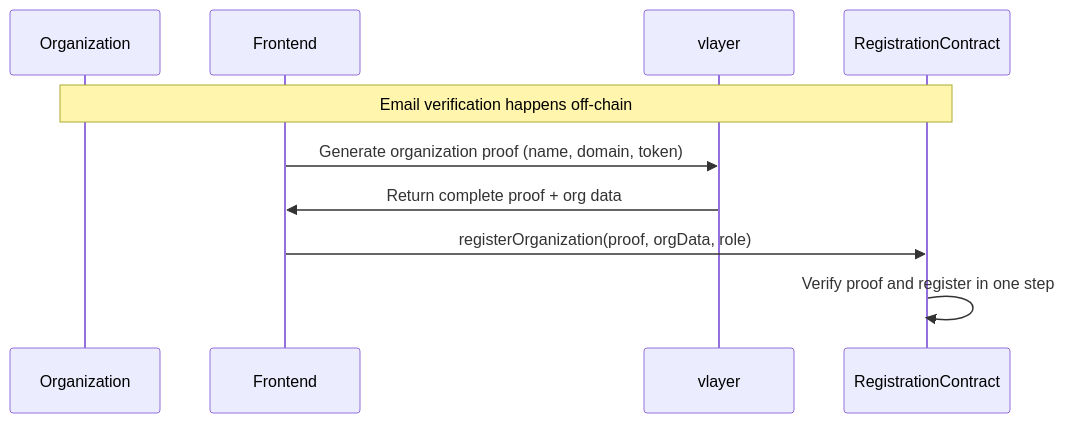
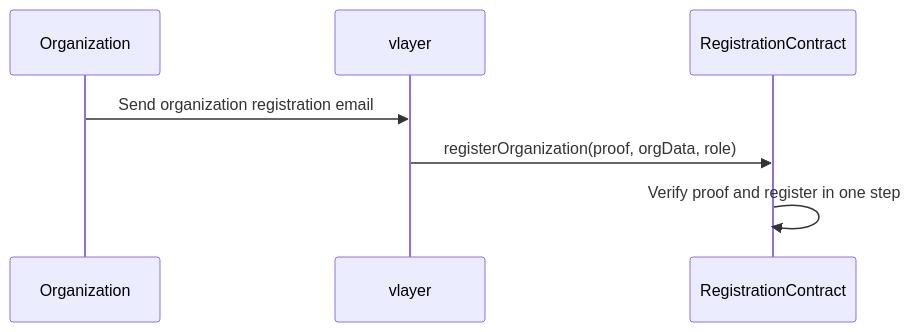
Before and after one commit to ppezzull/zkMed: the fourth of 5 diagrams in backend/src/zkMed/README.md, drawn with Mermaid. The commit also changed other lines of this file and 94 other files, not shown here.

````diff
--- a/backend/src/zkMed/README.md
+++ b/backend/src/zkMed/README.md
@@ -76,13 +127,10 @@
 ```mermaid
 sequenceDiagram
     participant O as Organization
-    participant F as Frontend
     participant V as vlayer
     participant SC as RegistrationContract
     
-    Note over O,SC: Email verification happens off-chain
-    F->>V: Generate organization proof (name, domain, token)
-    V->>F: Return complete proof + org data
-    F->>SC: registerOrganization(proof, orgData, role)
+    O->>V: Send organization registration email
+    V->>SC: registerOrganization(proof, orgData, role)
     SC->>SC: Verify proof and register in one step
 ```
````
